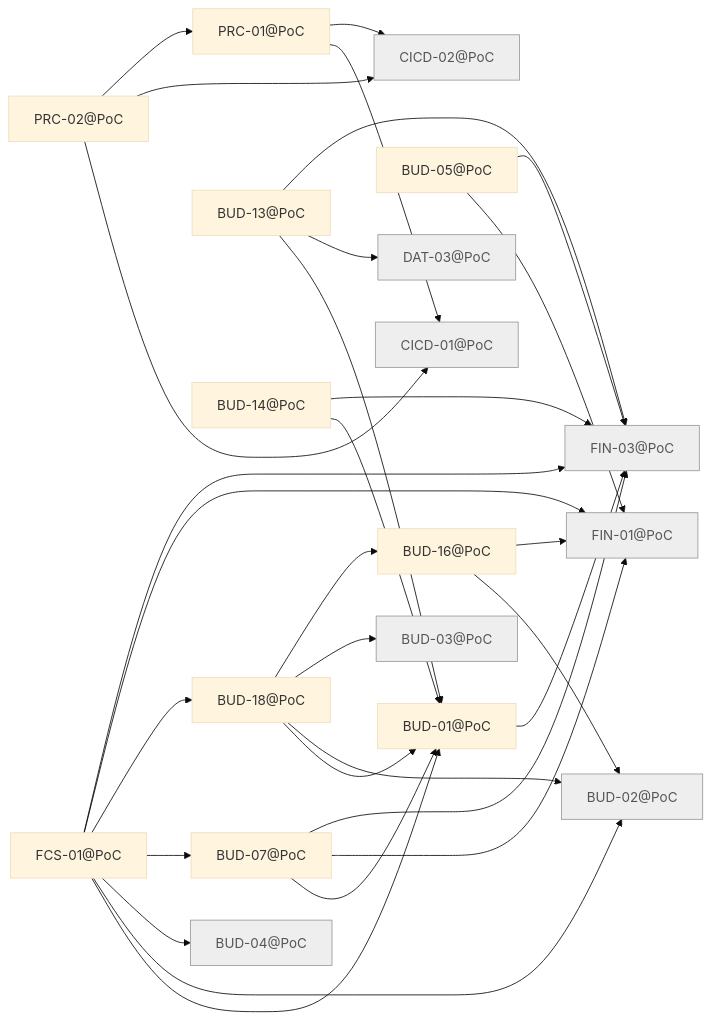
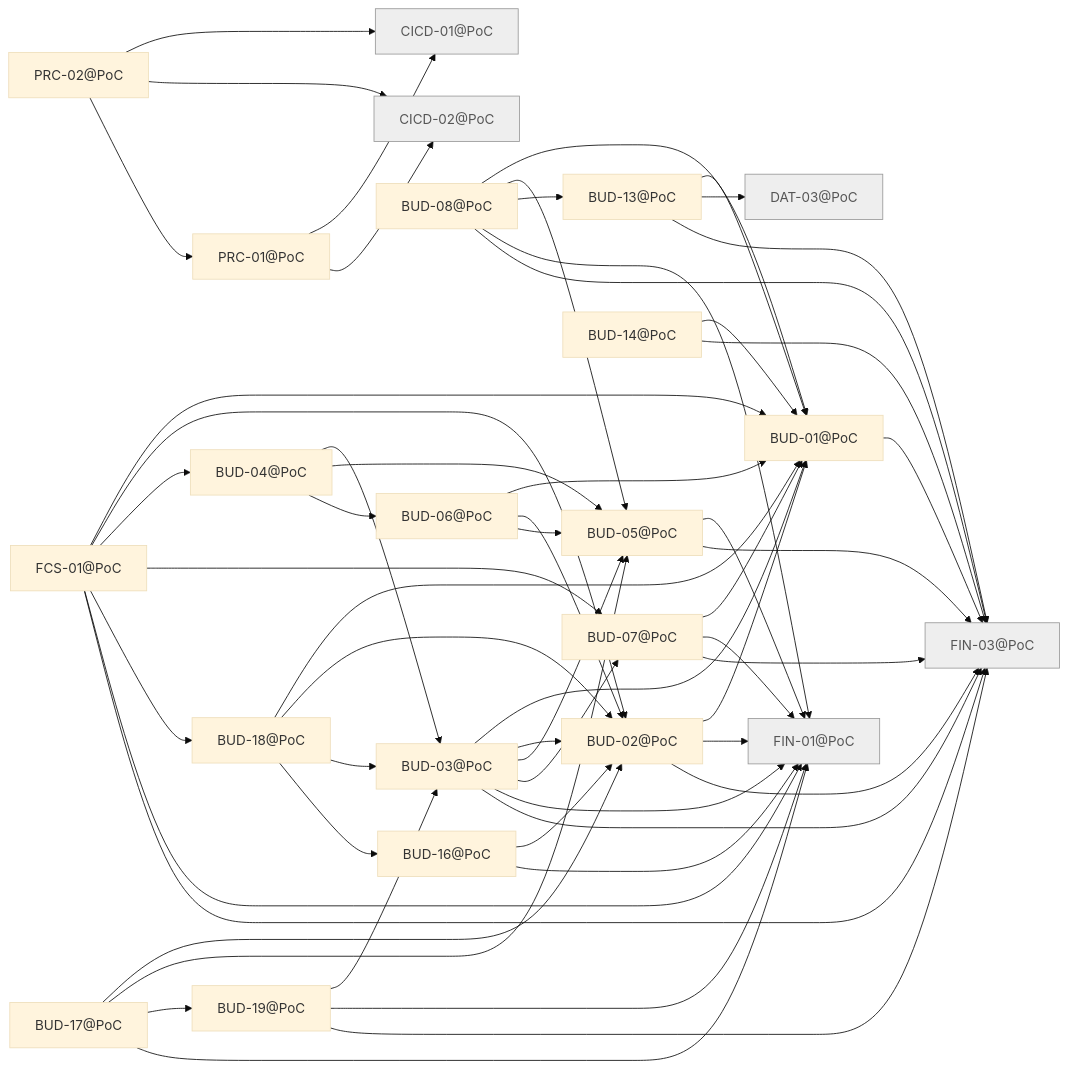
The diagram in docs/traceability/release-poc.md (minakovval/Willowsum), drawn with Mermaid (base theme) before and after one commit. The commit also changed other lines of this file and 48 other files, not shown here.

````diff
--- a/docs/traceability/release-poc.md
+++ b/docs/traceability/release-poc.md
@@ -30,11 +37,15 @@
   BUD_03_PoC["BUD-03@PoC"]
   BUD_04_PoC["BUD-04@PoC"]
   BUD_05_PoC["BUD-05@PoC"]
+  BUD_06_PoC["BUD-06@PoC"]
   BUD_07_PoC["BUD-07@PoC"]
+  BUD_08_PoC["BUD-08@PoC"]
   BUD_13_PoC["BUD-13@PoC"]
   BUD_14_PoC["BUD-14@PoC"]
   BUD_16_PoC["BUD-16@PoC"]
+  BUD_17_PoC["BUD-17@PoC"]
   BUD_18_PoC["BUD-18@PoC"]
+  BUD_19_PoC["BUD-19@PoC"]
   CICD_01_PoC["CICD-01@PoC"]
   CICD_02_PoC["CICD-02@PoC"]
   DAT_03_PoC["DAT-03@PoC"]
@@ -44,11 +55,31 @@
   PRC_01_PoC["PRC-01@PoC"]
   PRC_02_PoC["PRC-02@PoC"]
   BUD_01_PoC --> FIN_03_PoC
+  BUD_02_PoC --> BUD_01_PoC
+  BUD_02_PoC --> FIN_01_PoC
+  BUD_02_PoC --> FIN_03_PoC
+  BUD_03_PoC --> BUD_01_PoC
+  BUD_03_PoC --> BUD_02_PoC
+  BUD_03_PoC --> BUD_05_PoC
+  BUD_03_PoC --> BUD_07_PoC
+  BUD_03_PoC --> FIN_01_PoC
+  BUD_03_PoC --> FIN_03_PoC
+  BUD_04_PoC --> BUD_03_PoC
+  BUD_04_PoC --> BUD_05_PoC
+  BUD_04_PoC --> BUD_06_PoC
   BUD_05_PoC --> FIN_01_PoC
   BUD_05_PoC --> FIN_03_PoC
+  BUD_06_PoC --> BUD_01_PoC
+  BUD_06_PoC --> BUD_02_PoC
+  BUD_06_PoC --> BUD_05_PoC
   BUD_07_PoC --> BUD_01_PoC
   BUD_07_PoC --> FIN_01_PoC
   BUD_07_PoC --> FIN_03_PoC
+  BUD_08_PoC --> BUD_01_PoC
+  BUD_08_PoC --> BUD_05_PoC
+  BUD_08_PoC --> BUD_13_PoC
+  BUD_08_PoC --> FIN_01_PoC
+  BUD_08_PoC --> FIN_03_PoC
   BUD_13_PoC --> BUD_01_PoC
   BUD_13_PoC --> DAT_03_PoC
   BUD_13_PoC --> FIN_03_PoC
@@ -56,10 +87,17 @@
   BUD_14_PoC --> FIN_03_PoC
   BUD_16_PoC --> BUD_02_PoC
   BUD_16_PoC --> FIN_01_PoC
+  BUD_17_PoC --> BUD_02_PoC
+  BUD_17_PoC --> BUD_05_PoC
+  BUD_17_PoC --> BUD_19_PoC
+  BUD_17_PoC --> FIN_01_PoC
   BUD_18_PoC --> BUD_01_PoC
   BUD_18_PoC --> BUD_02_PoC
   BUD_18_PoC --> BUD_03_PoC
   BUD_18_PoC --> BUD_16_PoC
+  BUD_19_PoC --> BUD_03_PoC
+  BUD_19_PoC --> FIN_01_PoC
+  BUD_19_PoC --> FIN_03_PoC
   FCS_01_PoC --> BUD_01_PoC
   FCS_01_PoC --> BUD_02_PoC
   FCS_01_PoC --> BUD_04_PoC
@@ -73,5 +111,5 @@
   PRC_02_PoC --> CICD_02_PoC
   PRC_02_PoC --> PRC_01_PoC
   classDef notMigrated fill:#eee,stroke:#999,color:#555
-  class BUD_02_PoC,BUD_03_PoC,BUD_04_PoC,CICD_01_PoC,CICD_02_PoC,DAT_03_PoC,FIN_01_PoC,FIN_03_PoC notMigrated
+  class CICD_01_PoC,CICD_02_PoC,DAT_03_PoC,FIN_01_PoC,FIN_03_PoC notMigrated
 ```
````
